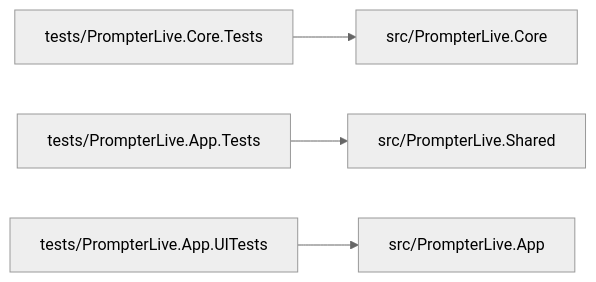
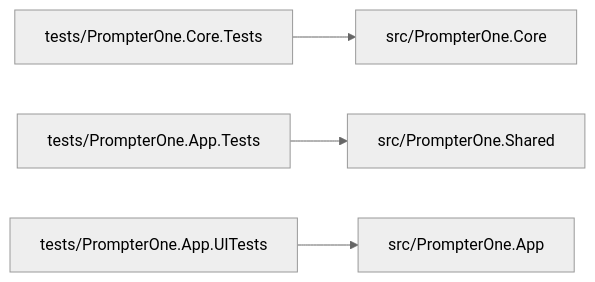
Diagram 12 of 12 in docs/Architecture.md (managedcode/PrompterOne), drawn with Mermaid (neutral theme) before and after one commit. The commit also changed other lines of this file and 895 other files, not shown here.

Commit message:
rename to PrompterOne

````diff
--- a/docs/Architecture.md
+++ b/docs/Architecture.md
@@ -445,10 +445,10 @@
 ```mermaid
 flowchart LR
-    CoreTests["tests/PrompterLive.Core.Tests"]
-    AppTests["tests/PrompterLive.App.Tests"]
-    UiTests["tests/PrompterLive.App.UITests"]
+    CoreTests["tests/PrompterOne.Core.Tests"]
+    AppTests["tests/PrompterOne.App.Tests"]
+    UiTests["tests/PrompterOne.App.UITests"]
 
-    CoreTests --> Core["src/PrompterLive.Core"]
-    AppTests --> Shared["src/PrompterLive.Shared"]
-    UiTests --> App["src/PrompterLive.App"]
+    CoreTests --> Core["src/PrompterOne.Core"]
+    AppTests --> Shared["src/PrompterOne.Shared"]
+    UiTests --> App["src/PrompterOne.App"]
 ```
````
